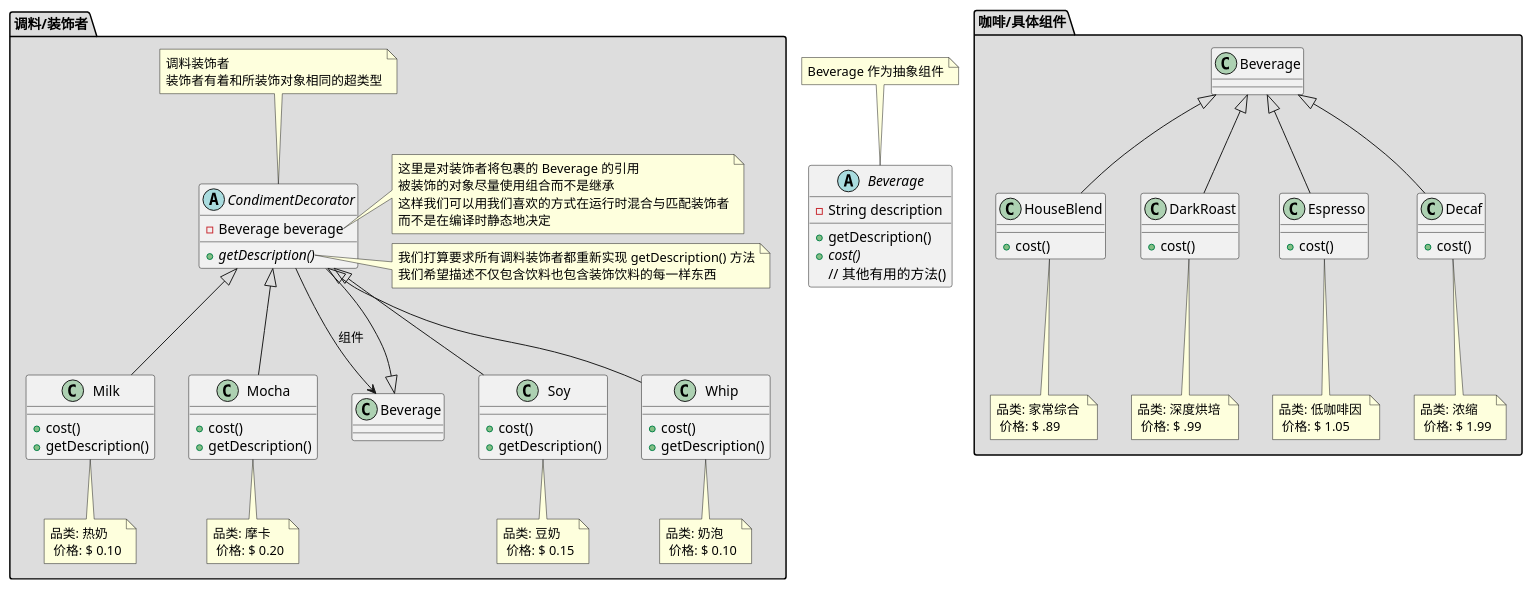
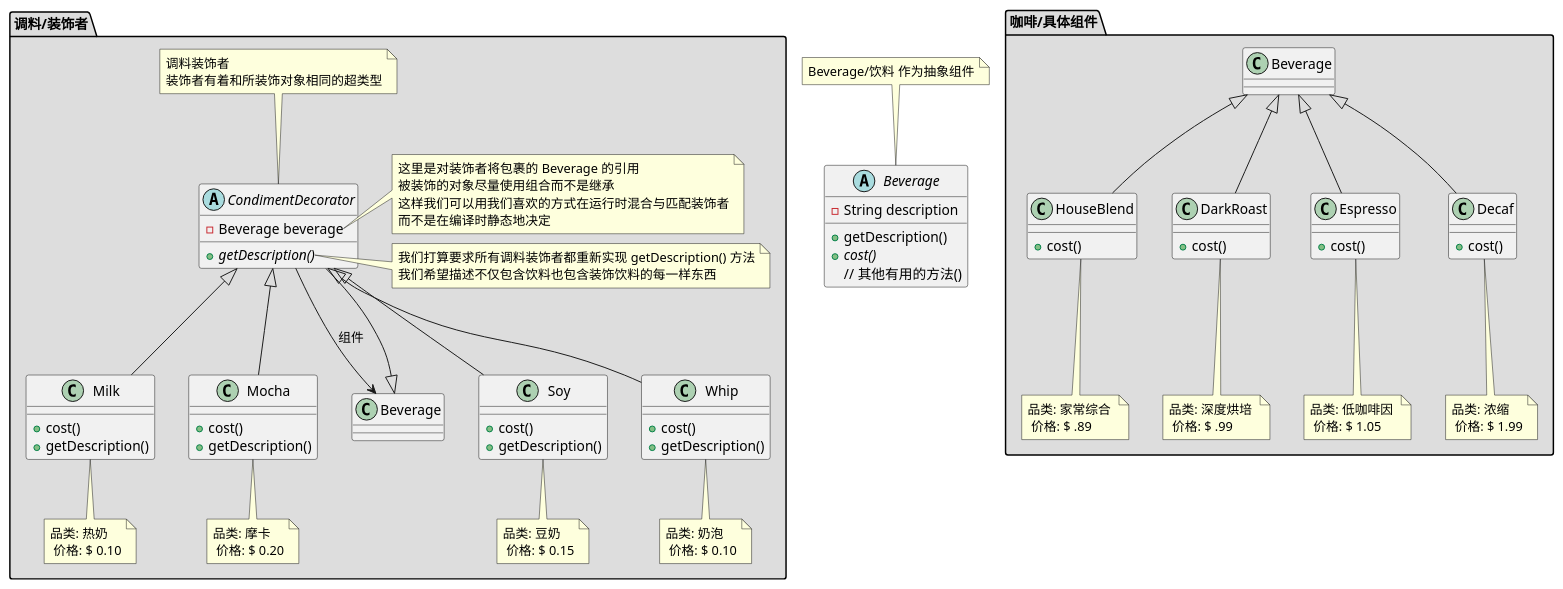
The sixth of 16 diagrams in UltiSnips/design_patterns.md (lindezhong/my-vim-config), drawn with PlantUML before and after one commit. The commit also changed other lines of this file, not shown here.

````diff
--- a/UltiSnips/design_patterns.md
+++ b/UltiSnips/design_patterns.md
@@ -622,82 +681,82 @@
 ```plantuml
 @startuml
 
 abstract class Beverage {
     - String description
 
     + getDescription()
     + {abstract} cost()
     // 其他有用的方法()
 }
-note top of Beverage : Beverage 作为抽象组件
+note top of Beverage : Beverage/饮料 作为抽象组件
 
 package "咖啡/具体组件" #DDDDDD {
     
     class HouseBlend extends Beverage {
         + cost()
     }
     note bottom of HouseBlend : 品类: 家常综合 \n 价格: $ .89
 
     class DarkRoast extends Beverage {
         + cost()
     }
     note bottom of DarkRoast : 品类: 深度烘培 \n 价格: $ .99
     
     class Espresso extends Beverage {
         + cost()
     }
     note bottom of Espresso : 品类: 低咖啡因 \n 价格: $ 1.05
     
     class Decaf extends Beverage {
         + cost()
     }
     note bottom of Decaf : 品类: 浓缩 \n 价格: $ 1.99
 }
 
 package "调料/装饰者" #DDDDDD {
     abstract class CondimentDecorator extends Beverage {
         - Beverage beverage
         
         + {abstract} getDescription()
     }
     note top of CondimentDecorator : 调料装饰者\n装饰者有着和所装饰对象相同的超类型
     note right of CondimentDecorator::beverage
     这里是对装饰者将包裹的 Beverage 的引用
     被装饰的对象尽量使用组合而不是继承
     这样我们可以用我们喜欢的方式在运行时混合与匹配装饰者
     而不是在编译时静态地决定
     end note
     note right of CondimentDecorator::getDescription
     我们打算要求所有调料装饰者都重新实现 getDescription() 方法
     我们希望描述不仅包含饮料也包含装饰饮料的每一样东西
     end note
     CondimentDecorator --> Beverage : 组件
 
     class Milk extends CondimentDecorator {
         + cost()
         + getDescription()
     }
     note bottom of Milk : 品类: 热奶 \n 价格: $ 0.10
     
     class Mocha extends CondimentDecorator {
         + cost()
         + getDescription()
     }
     note bottom of Mocha : 品类: 摩卡 \n 价格: $ 0.20
 
     class Soy extends CondimentDecorator {
         + cost()
         + getDescription()
     }
     note bottom of Soy : 品类: 豆奶 \n 价格: $ 0.15
 
     class Whip extends CondimentDecorator {
         + cost()
         + getDescription()
     }
     note bottom of Whip : 品类: 奶泡 \n 价格: $ 0.10
 
 }
 
 @enduml
 ```
````
